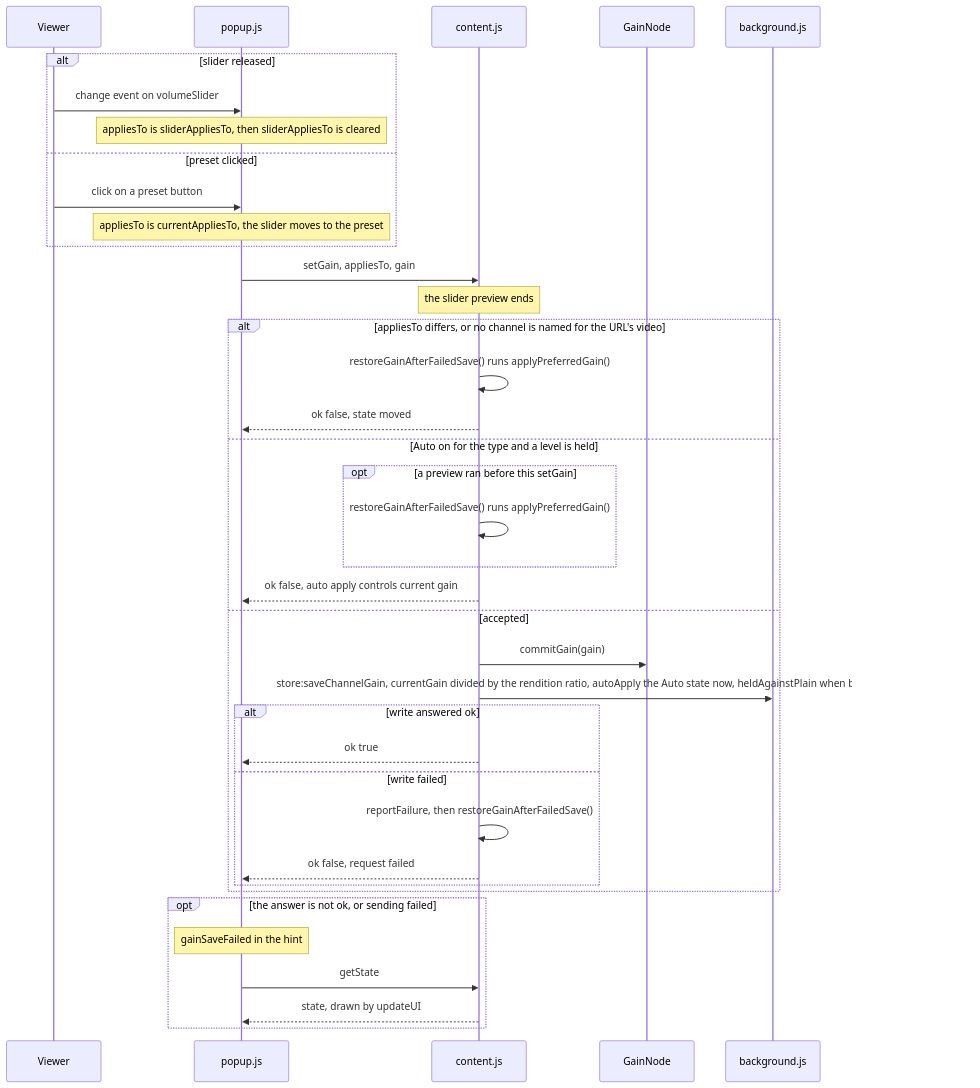
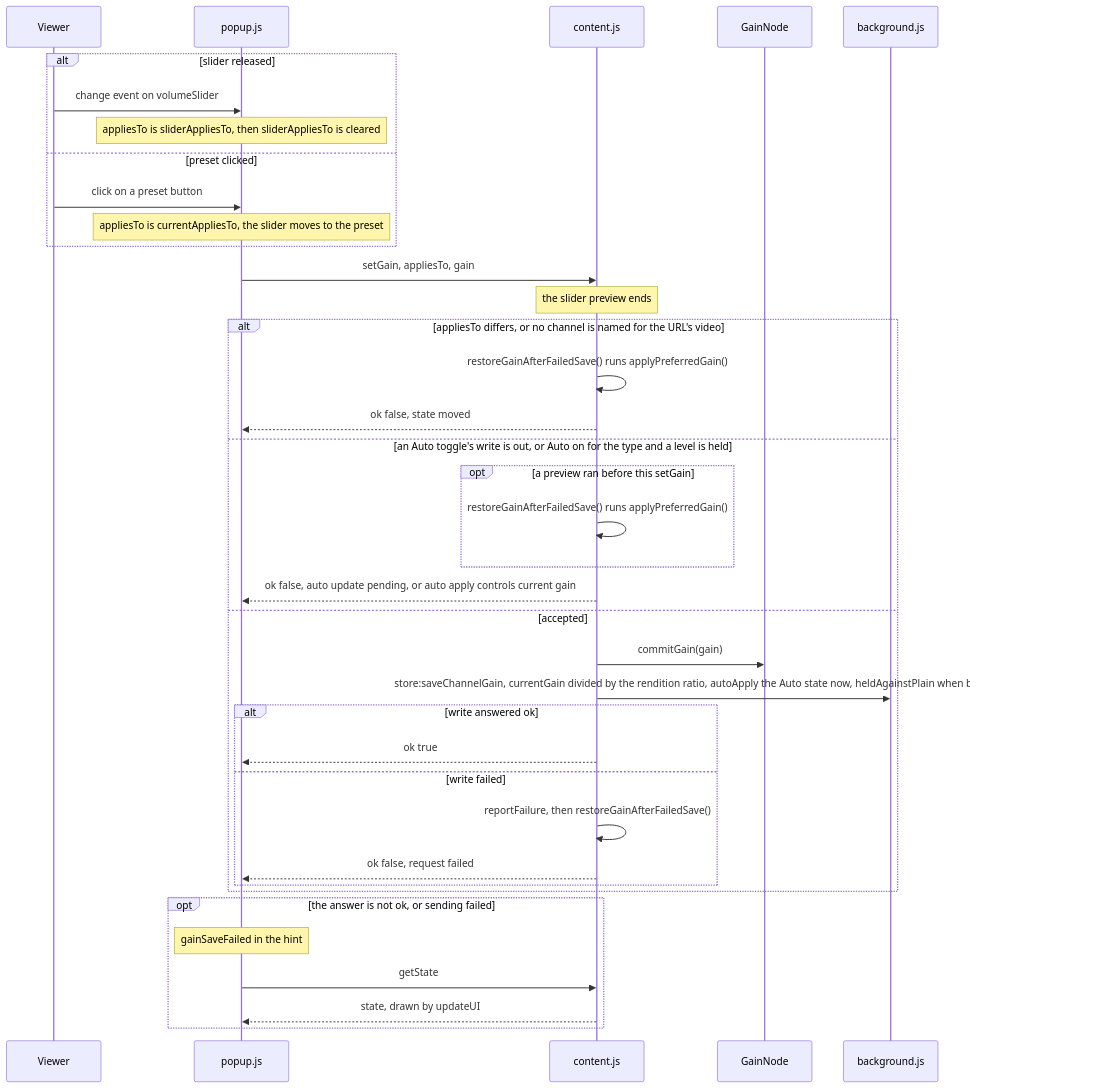
Before and after one commit to semnil/yt-channel-volume: the fourth of 14 diagrams in docs/gain-change-and-save.md, drawn with Mermaid. The commit also changed other lines of this file and 9 other files, not shown here.

Commit message:
fix: hold the popup's gain gestures while an Auto toggle's save is out, and say when it is not saved

````diff
--- a/docs/gain-change-and-save.md
+++ b/docs/gain-change-and-save.md
@@ -202,40 +204,40 @@
 ```mermaid
 sequenceDiagram
   participant V as Viewer
   participant P as popup.js
   participant C as content.js
   participant G as GainNode
   participant W as background.js
   alt slider released
     V->>P: change event on volumeSlider
     Note over P: appliesTo is sliderAppliesTo, then sliderAppliesTo is cleared
   else preset clicked
     V->>P: click on a preset button
     Note over P: appliesTo is currentAppliesTo, the slider moves to the preset
   end
   P->>C: setGain, appliesTo, gain
   Note over C: the slider preview ends
   alt appliesTo differs, or no channel is named for the URL's video
     C->>C: restoreGainAfterFailedSave() runs applyPreferredGain()
     C-->>P: ok false, state moved
-  else Auto on for the type and a level is held
+  else an Auto toggle's write is out, or Auto on for the type and a level is held
     opt a preview ran before this setGain
       C->>C: restoreGainAfterFailedSave() runs applyPreferredGain()
     end
-    C-->>P: ok false, auto apply controls current gain
+    C-->>P: ok false, auto update pending, or auto apply controls current gain
   else accepted
     C->>G: commitGain(gain)
     C->>W: store:saveChannelGain, currentGain divided by the rendition ratio, autoApply the Auto state now, heldAgainstPlain when baseLoudnessDb is known
     alt write answered ok
       C-->>P: ok true
     else write failed
       C->>C: reportFailure, then restoreGainAfterFailedSave()
       C-->>P: ok false, request failed
     end
   end
   opt the answer is not ok, or sending failed
     Note over P: gainSaveFailed in the hint
     P->>C: getState
     C-->>P: state, drawn by updateUI
   end
 ```
````
